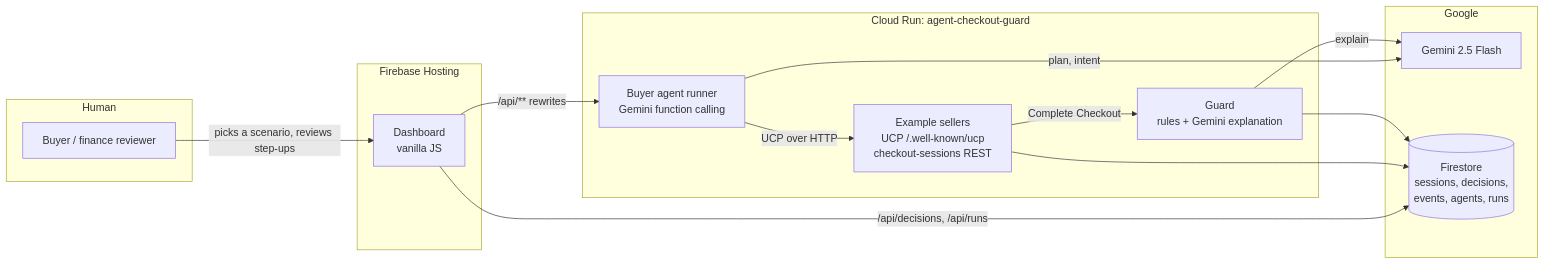
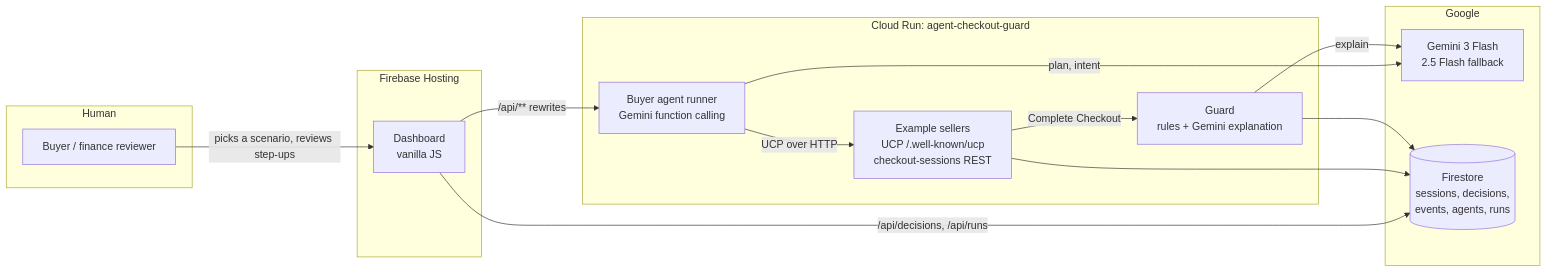
The first of 3 diagrams in docs/architecture.md (anishreddy3/agent-checkout-guard), drawn with Mermaid before and after one commit. The commit also changed 8 other files, not shown here.

First line of the commit message:
Gemini 3 Flash by default, with one retry on 2.5 Flash

````diff
--- a/docs/architecture.md
+++ b/docs/architecture.md
@@ -5,27 +5,27 @@
 ```mermaid
 flowchart LR
   subgraph Human
     U[Buyer / finance reviewer]
   end
   subgraph FirebaseHosting[Firebase Hosting]
     D[Dashboard<br/>vanilla JS]
   end
   subgraph CloudRun[Cloud Run: agent-checkout-guard]
     A[Buyer agent runner<br/>Gemini function calling]
     S[Example sellers<br/>UCP /.well-known/ucp<br/>checkout-sessions REST]
     G[Guard<br/>rules + Gemini explanation]
   end
   subgraph Google
-    GM[Gemini 2.5 Flash]
+    GM[Gemini 3 Flash<br/>2.5 Flash fallback]
     FS[(Firestore<br/>sessions, decisions,<br/>events, agents, runs)]
   end
   U -- picks a scenario, reviews step-ups --> D
   D -- /api/** rewrites --> A
   D -- /api/decisions, /api/runs --> FS
   A -- UCP over HTTP --> S
   S -- Complete Checkout --> G
   A -- plan, intent --> GM
   G -- explain --> GM
   S --> FS
   G --> FS
 ```
````
